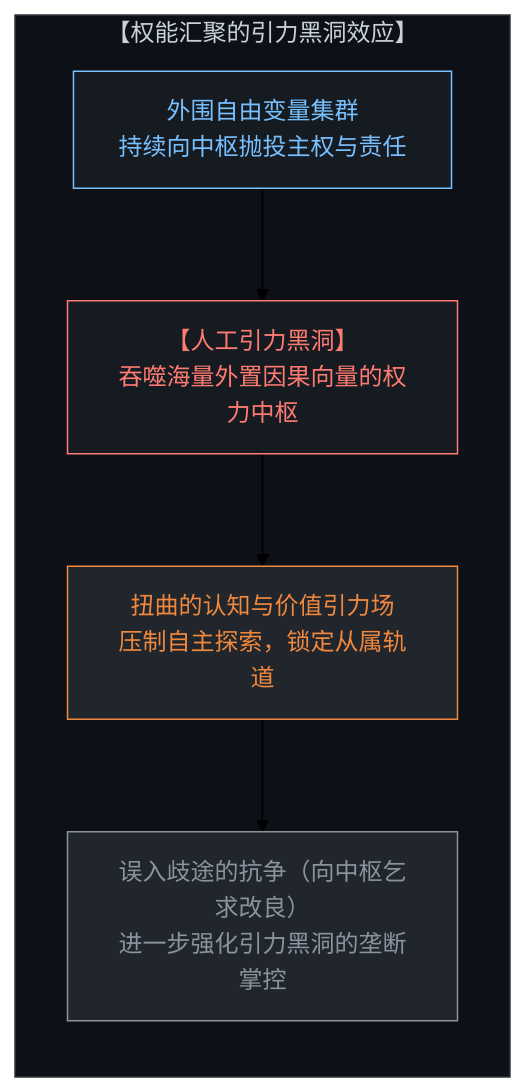
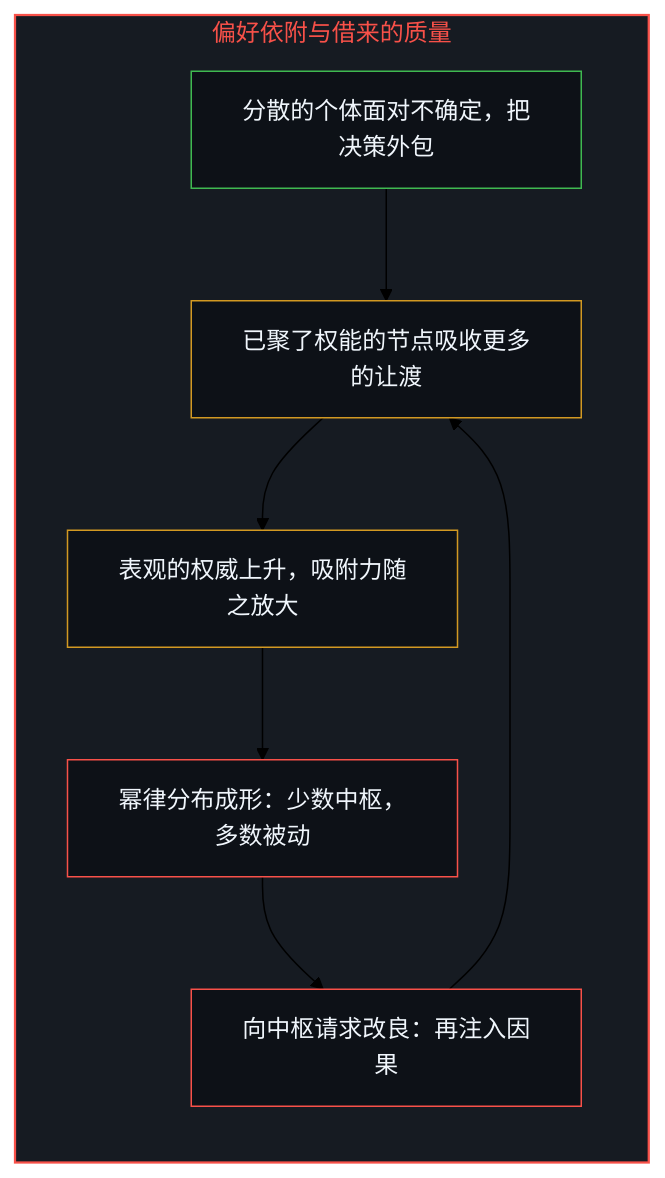
Before and after one commit to powerpig99/not-a-toe: the seventh of 12 diagrams in content/posts/the-power-law-of-surrendered-agency.md, drawn with Mermaid (forest theme). The commit also changed other lines of this file and 2 other files, not shown here.

Commit message:
Refine the-power-law-of-surrendered-agency: alternating bilingual layout, six paired diagrams, implicit first person

````diff
--- a/content/posts/the-power-law-of-surrendered-agency.md
+++ b/content/posts/the-power-law-of-surrendered-agency.md
@@ -202,18 +197,23 @@
 ```mermaid
-graph TD
-    subgraph GravitationalBlackHole["【权能汇聚的引力黑洞效应】"]
+flowchart TD
+    subgraph S_Hub["偏好依附与借来的质量"]
         direction TB
-        PeripheralMinds["外围自由变量集群<br>持续向中枢抛投主权与责任"]
-        CentralVortex["【人工引力黑洞】<br>吞噬海量外置因果向量的权力中枢"]
-        DistortedField["扭曲的认知与价值引力场<br>压制自主探索，锁定从属轨道"]
-        EnergyFeeding["误入歧途的抗争（向中枢乞求改良）<br>进一步强化引力黑洞的垄断掌控"]
-        PeripheralMinds --> CentralVortex
-        CentralVortex --> DistortedField
-        DistortedField --> EnergyFeeding
+        Many["分散的个体面对不确定，把决策外包"]
+        Hub["已聚了权能的节点吸收更多的让渡"]
+        Loop["表观的权威上升，吸附力随之放大"]
+        Power["幂律分布成形：少数中枢，多数被动"]
+        Petition["向中枢请求改良：再注入因果"]
+        Many --> Hub
+        Hub --> Loop
+        Loop --> Power
+        Power --> Petition
+        Petition --> Hub
     end
-    style GravitationalBlackHole fill:#0d1117,stroke:#30363d,stroke-width:1px,color:#c9d1d9
-    style PeripheralMinds fill:#161b22,stroke:#79c0ff,stroke-width:1px,color:#79c0ff
-    style CentralVortex fill:#161b22,stroke:#ff7b72,stroke-width:1px,color:#ff7b72
-    style DistortedField fill:#21262d,stroke:#f0883e,color:#f0883e
-    style EnergyFeeding fill:#21262d,stroke:#8b949e,color:#8b949e
+
+    style S_Hub fill:#161b22,stroke:#f85149,stroke-width:1.5px,color:#f85149
+    style Many fill:#0d1117,stroke:#3fb950,stroke-width:1px,color:#f0f6fc
+    style Hub fill:#0d1117,stroke:#d29922,stroke-width:1px,color:#f0f6fc
+    style Loop fill:#0d1117,stroke:#d29922,stroke-width:1px,color:#f0f6fc
+    style Power fill:#0d1117,stroke:#f85149,stroke-width:1px,color:#f0f6fc
+    style Petition fill:#0d1117,stroke:#f85149,stroke-width:1px,color:#f0f6fc
 ```
````
